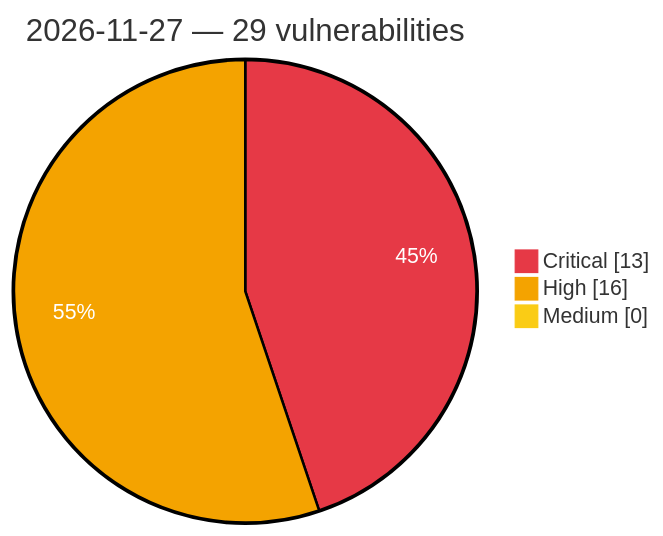
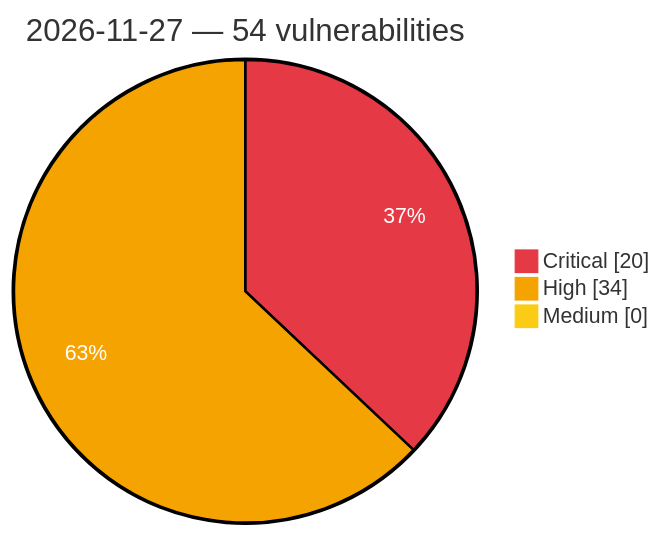
The diagram in vulnerabilities/2026/November/2026-11-27.md (GhostX0X/vuln-tracker), drawn with Mermaid before and after one commit. The commit also changed other lines of this file and 5 other files, not shown here.

Commit message:
Auto update: critical/high vulns (2026-11-27 22:20 UTC)

````diff
--- a/vulnerabilities/2026/November/2026-11-27.md
+++ b/vulnerabilities/2026/November/2026-11-27.md
@@ -3,8 +3,8 @@
 ```mermaid
 %%{init: {'theme':'base', 'themeVariables': {'pie1':'#e63946', 'pie2':'#f4a300', 'pie3':'#facc15', 'pieOpacity':'1', 'pieOuterStrokeWidth':'2px', 'pieSectionTextColor':'#ffffff'}}}%%
 pie showData
-    title 2026-11-27 — 29 vulnerabilities
-    "Critical" : 13
-    "High" : 16
+    title 2026-11-27 — 54 vulnerabilities
+    "Critical" : 20
+    "High" : 34
     "Medium" : 0
 ```
````
